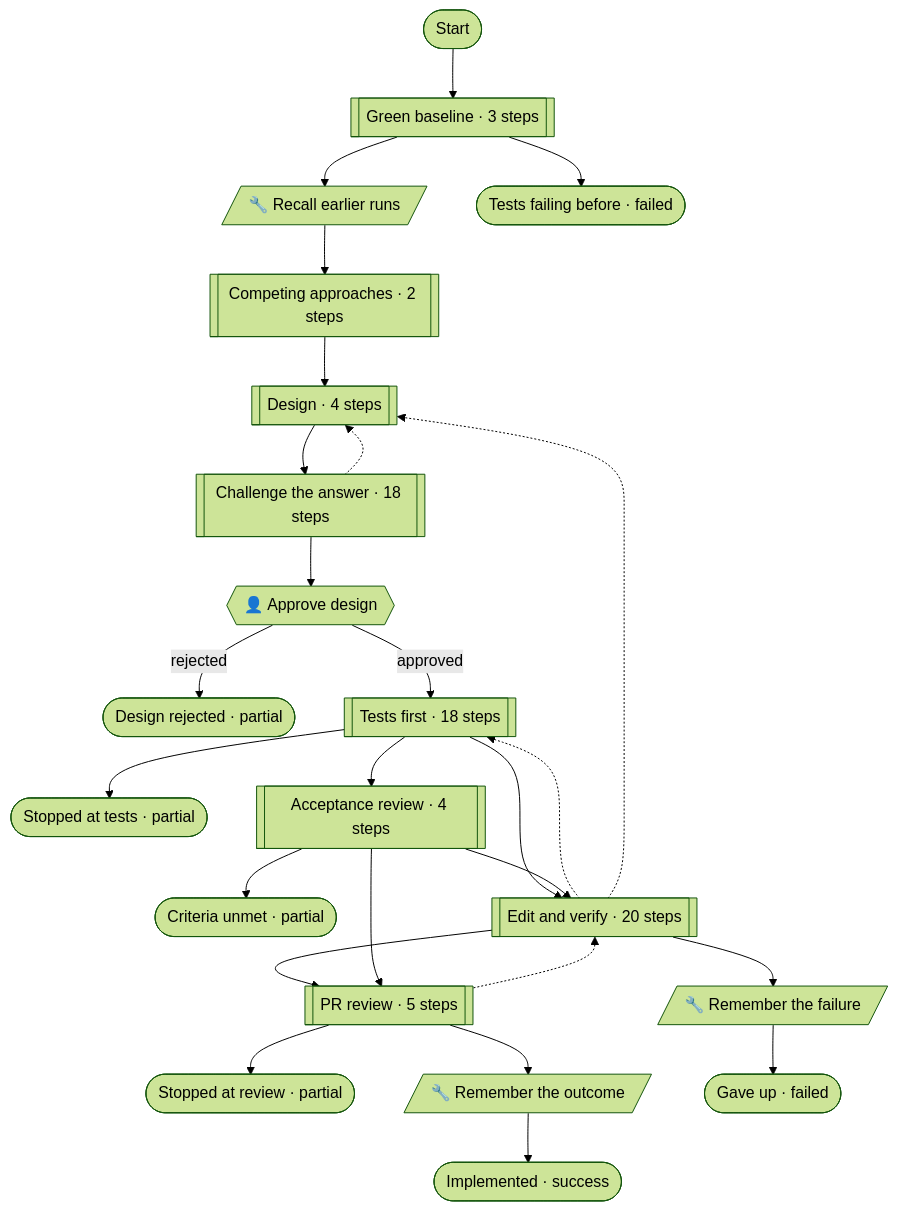
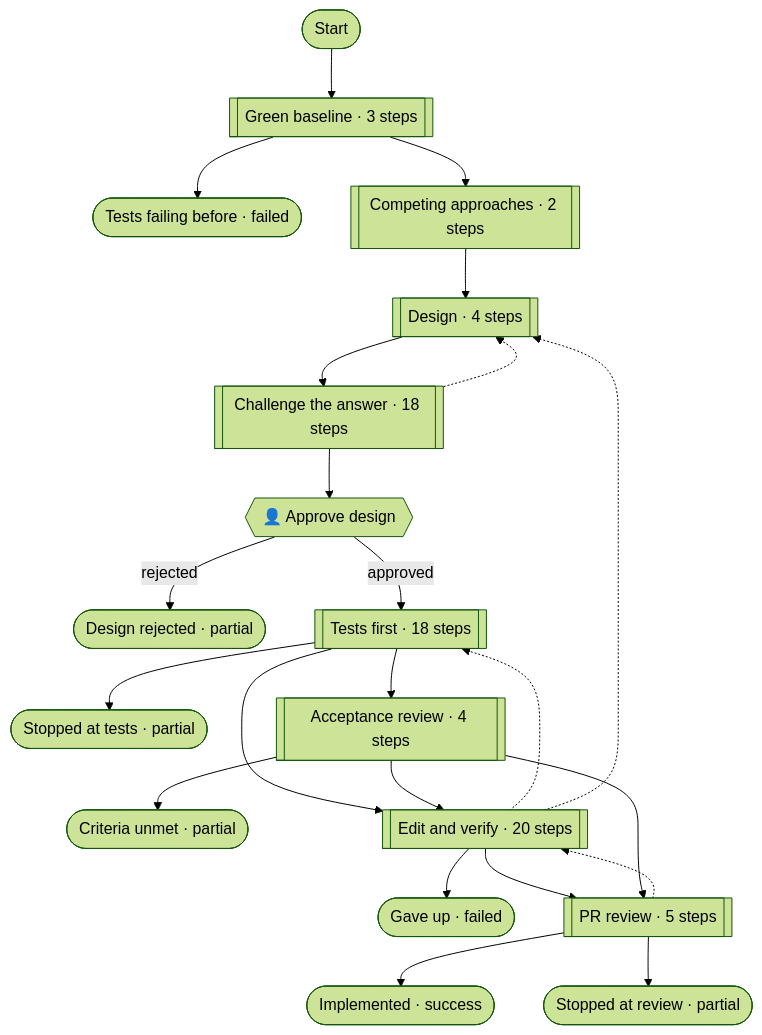
Before and after one commit to pirty6/symphony-core: the fourth of 7 diagrams in docs/patterns.md, drawn with Mermaid (forest theme). The commit also changed other lines of this file and 27 other files, not shown here.

````diff
--- a/docs/patterns.md
+++ b/docs/patterns.md
@@ -519,48 +499,42 @@
 ```mermaid
 flowchart TD
   n_start(["Start"])
-  n_recall[/"🔧 Recall earlier runs"/]
   n_approve{{"👤 Approve design"}}
   n_testFirstStopped(["Stopped at tests · partial"])
   n_reviewStopped(["Stopped at review · partial"])
-  n_learnImplemented[/"🔧 Remember the outcome"/]
-  n_learnFailed[/"🔧 Remember the failure"/]
   n_implemented(["Implemented · success"])
   n_incomplete(["Criteria unmet · partial"])
   n_gaveUp(["Gave up · failed"])
   n_notGreen(["Tests failing before · failed"])
   n_rejected(["Design rejected · partial"])
   n_baselinePhase[["Green baseline · 3 steps"]]
   n_hypothesesPhase[["Competing approaches · 2 steps"]]
   n_designPhase[["Design · 4 steps"]]
   n_challengePhase[["Challenge the answer · 18 steps"]]
   n_testFirstPhase[["Tests first · 18 steps"]]
   n_editPhase[["Edit and verify · 20 steps"]]
   n_prReviewPhase[["PR review · 5 steps"]]
   n_acceptancePhase[["Acceptance review · 4 steps"]]
   n_start --> n_baselinePhase
   n_baselinePhase --> n_notGreen
-  n_baselinePhase --> n_recall
-  n_recall --> n_hypothesesPhase
-  n_learnImplemented --> n_implemented
-  n_learnFailed --> n_gaveUp
+  n_baselinePhase --> n_hypothesesPhase
   n_hypothesesPhase --> n_designPhase
   n_designPhase --> n_challengePhase
   n_challengePhase --> n_approve
   n_challengePhase -.-> n_designPhase
   n_approve -->|"approved"| n_testFirstPhase
   n_approve -->|"rejected"| n_rejected
   n_testFirstPhase --> n_testFirstStopped
   n_testFirstPhase --> n_editPhase
   n_testFirstPhase --> n_acceptancePhase
   n_editPhase -.-> n_testFirstPhase
-  n_editPhase --> n_learnFailed
+  n_editPhase --> n_gaveUp
   n_editPhase --> n_prReviewPhase
   n_editPhase -.-> n_designPhase
-  n_prReviewPhase --> n_learnImplemented
+  n_prReviewPhase --> n_implemented
   n_prReviewPhase -.-> n_editPhase
   n_prReviewPhase --> n_reviewStopped
   n_acceptancePhase --> n_prReviewPhase
   n_acceptancePhase --> n_incomplete
   n_acceptancePhase --> n_editPhase
 ```
````
